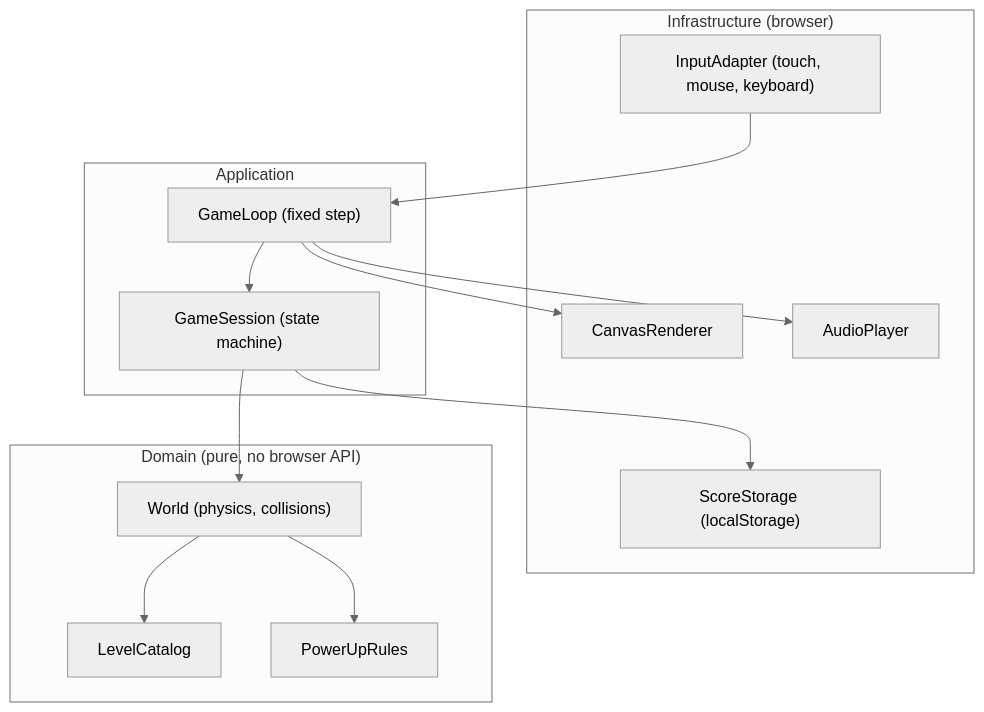
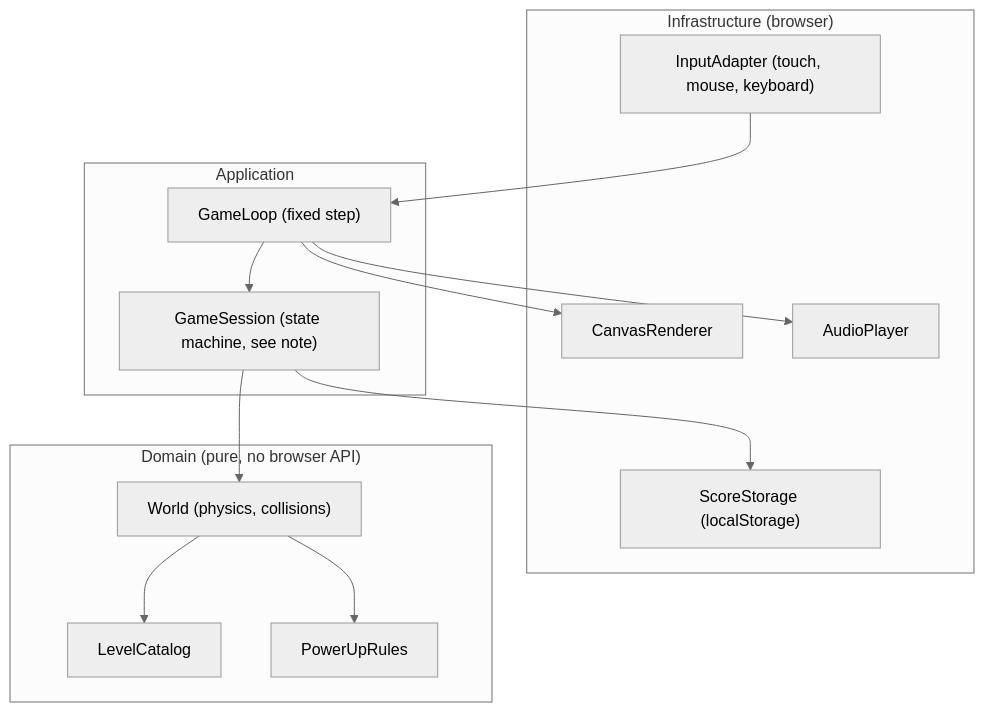
Before and after one commit to benoit-bremaud/retro-bounce: the diagram in docs/architecture/diagrams/gameplay/03-component.md, drawn with Mermaid (neutral theme). The commit also changed other lines of this file and 14 other files, not shown here.

First line of the commit message:
feat(game): domain II, world step, level loading, session and seeded random

````diff
--- a/docs/architecture/diagrams/gameplay/03-component.md
+++ b/docs/architecture/diagrams/gameplay/03-component.md
@@ -12,26 +12,26 @@
 ```mermaid
 flowchart TB
   subgraph INFRA["Infrastructure (browser)"]
     Input["InputAdapter (touch, mouse, keyboard)"]
     Render["CanvasRenderer"]
     Audio["AudioPlayer"]
     Store["ScoreStorage (localStorage)"]
   end
   subgraph APP["Application"]
     Loop["GameLoop (fixed step)"]
-    Session["GameSession (state machine)"]
+    Session["GameSession (state machine, see note)"]
   end
   subgraph DOMAIN["Domain (pure, no browser API)"]
     World["World (physics, collisions)"]
     Levels["LevelCatalog"]
     Rules["PowerUpRules"]
   end
   Input --> Loop
   Loop --> Session
   Session --> World
   World --> Levels
   World --> Rules
   Loop --> Render
   Loop --> Audio
   Session --> Store
 ```
````
